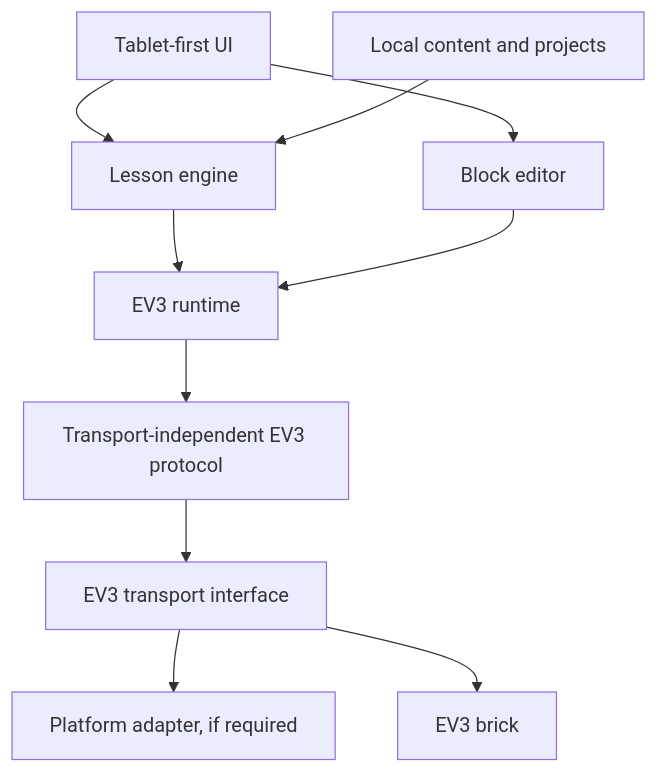
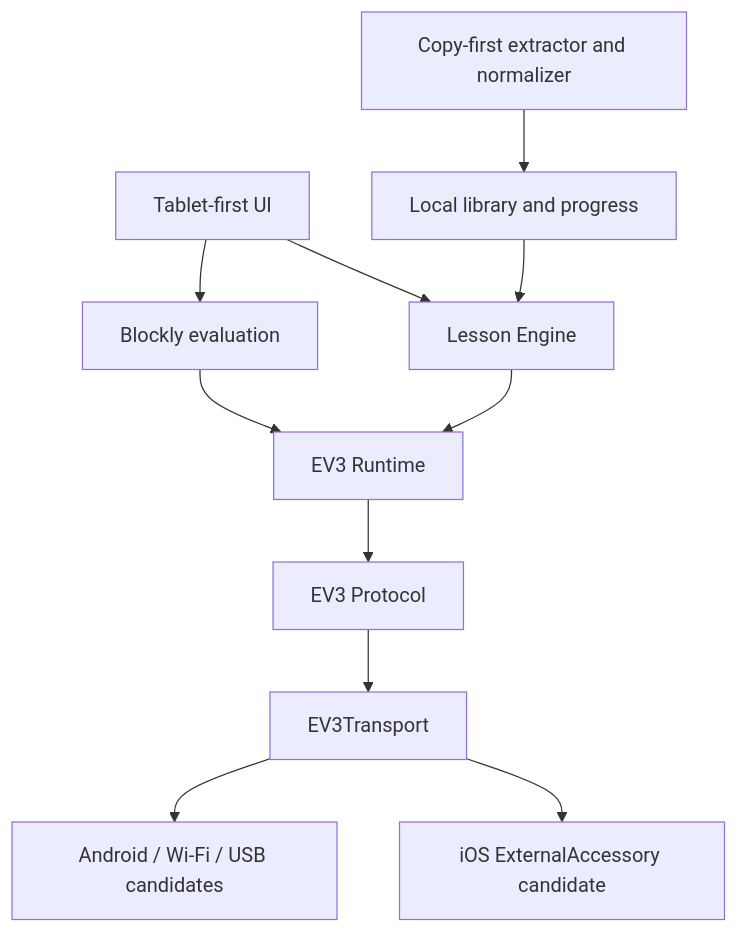
The diagram in docs/research/11-tablet-architecture.md (Copilli/lego_robotics), drawn with Mermaid before and after one commit. The commit also changed other lines of this file and 27 other files, not shown here.

````diff
--- a/docs/research/11-tablet-architecture.md
+++ b/docs/research/11-tablet-architecture.md
@@ -18,12 +16,13 @@
 ```mermaid
 flowchart TD
-  UI[Tablet-first UI] --> Lesson[Lesson engine]
-  UI --> Editor[Block editor]
-  Lesson --> Runtime[EV3 runtime]
+  UI[Tablet-first UI] --> Lesson[Lesson Engine]
+  UI --> Editor[Blockly evaluation]
+  Library[Local library and progress] --> Lesson
+  Import[Copy-first extractor and normalizer] --> Library
+  Lesson --> Runtime[EV3 Runtime]
   Editor --> Runtime
-  Runtime --> Protocol[Transport-independent EV3 protocol]
-  Protocol --> Transport[EV3 transport interface]
-  Transport --> Native[Platform adapter, if required]
-  Transport --> Brick[EV3 brick]
-  Content[Local content and projects] --> Lesson
+  Runtime --> Protocol[EV3 Protocol]
+  Protocol --> Transport[EV3Transport]
+  Transport --> IOS[iOS ExternalAccessory candidate]
+  Transport --> Other[Android / Wi-Fi / USB candidates]
 ```
````
